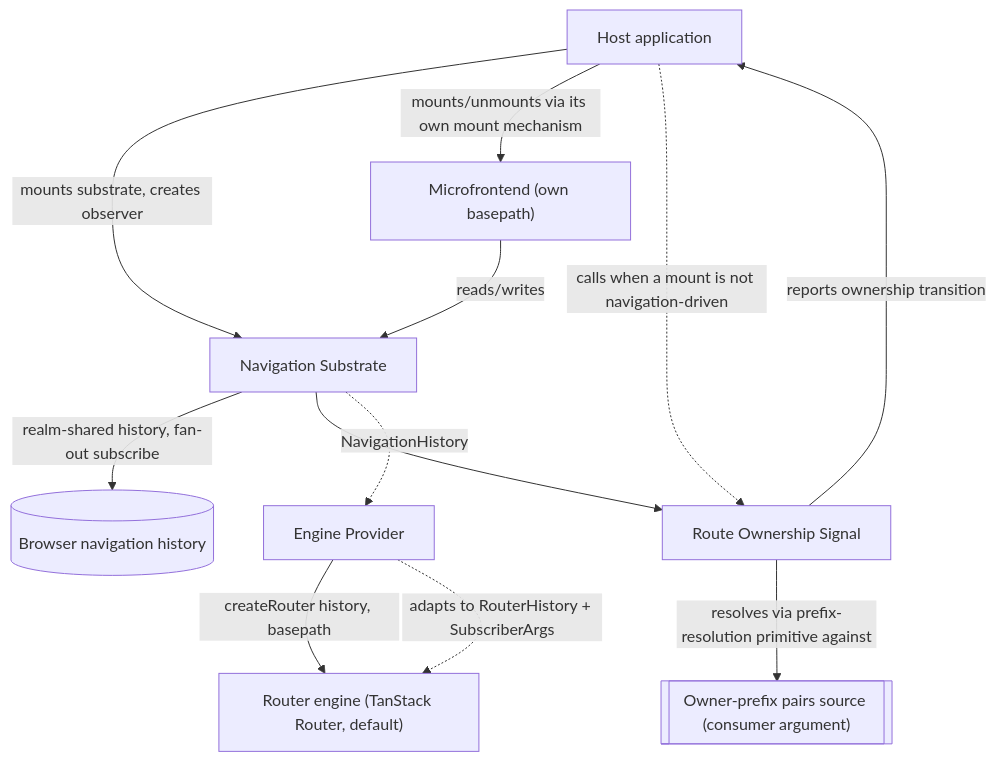
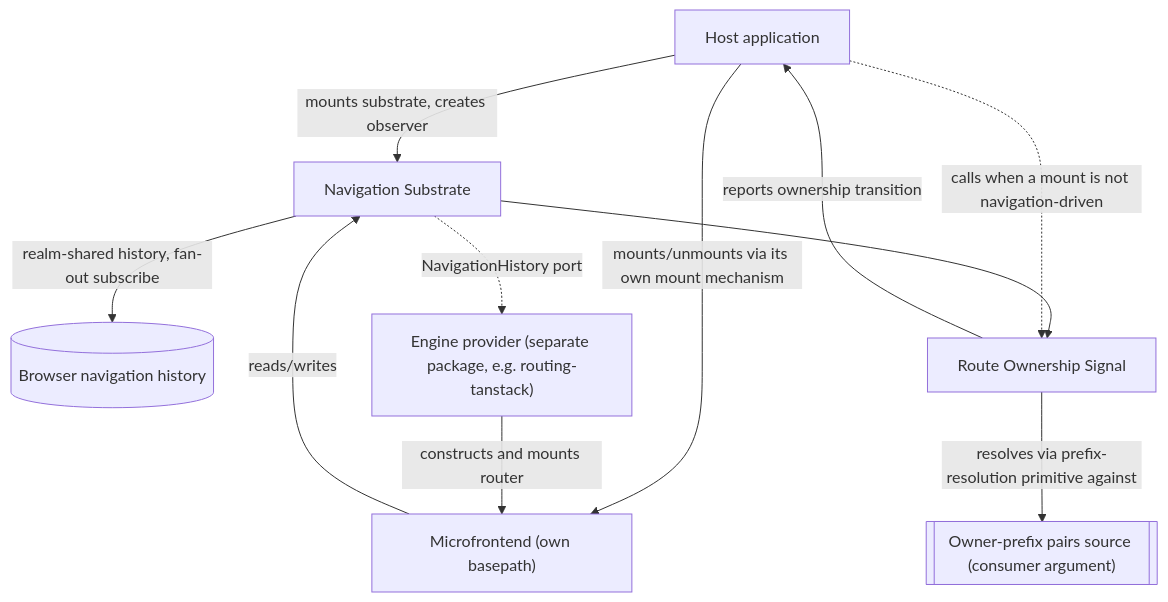
Before and after one commit to GeraBart/gears-frontx: the first of 2 diagrams in packages/routing/architecture/DESIGN.md, drawn with Mermaid. The commit also changed other lines of this file and 10 other files, not shown here.

````diff
--- a/packages/routing/architecture/DESIGN.md
+++ b/packages/routing/architecture/DESIGN.md
@@ -76,14 +73,13 @@
 ```mermaid
 graph TD
     Host["Host application"] -->|mounts substrate, creates observer| Substrate[Navigation Substrate]
     MFE["Microfrontend (own basepath)"] -->|reads/writes| Substrate
     Substrate -->|realm-shared history, fan-out subscribe| History[("Browser navigation history")]
     Substrate --> Signal[Route Ownership Signal]
     Signal -->|resolves via prefix-resolution primitive against| Pairs[["Owner-prefix pairs source (consumer argument)"]]
     Signal -->|reports ownership transition| Host
     Host -->|mounts/unmounts via its own mount mechanism| MFE
     Host -.->|calls when a mount is not navigation-driven| Signal
-    Provider[Engine Provider] -->|createRouter history, basepath| Engine["Router engine (TanStack Router, default)"]
-    Substrate -.->|NavigationHistory| Provider
-    Provider -.->|adapts to RouterHistory + SubscriberArgs| Engine
+    Provider["Engine provider (separate package, e.g. routing-tanstack)"] -->|constructs and mounts router| MFE
+    Substrate -.->|NavigationHistory port| Provider
 ```
````
